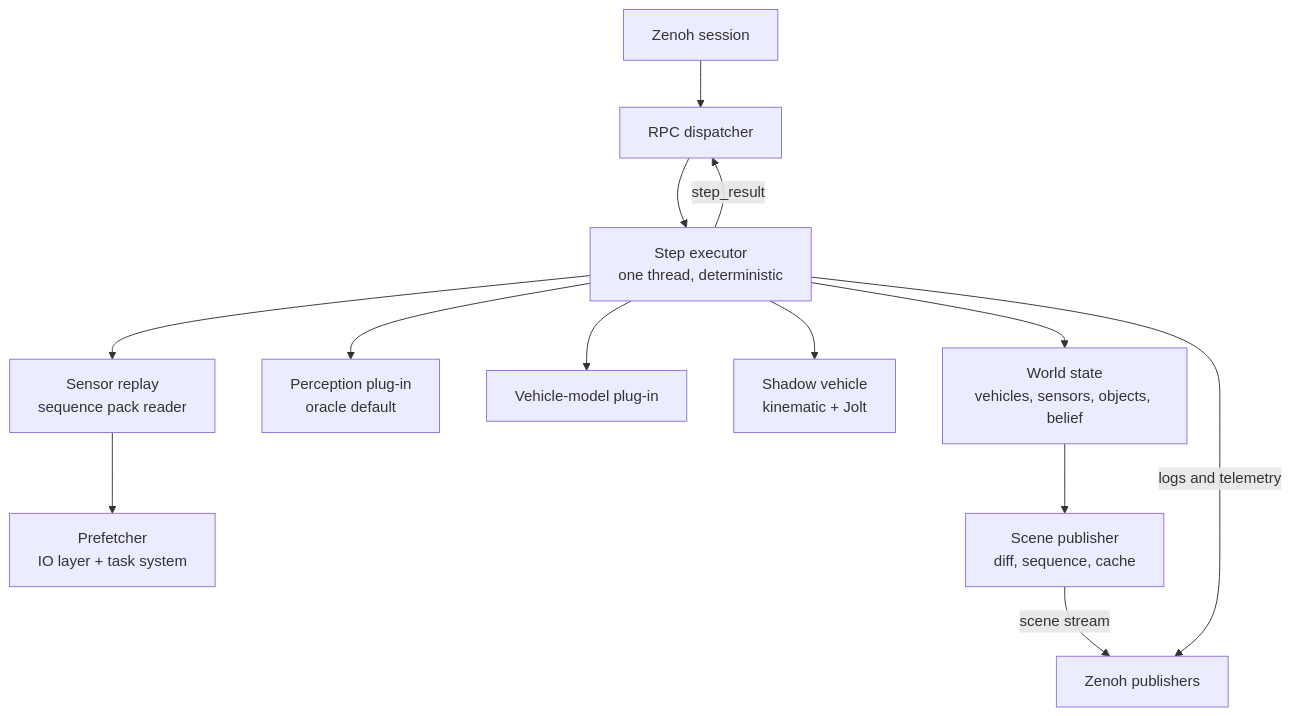
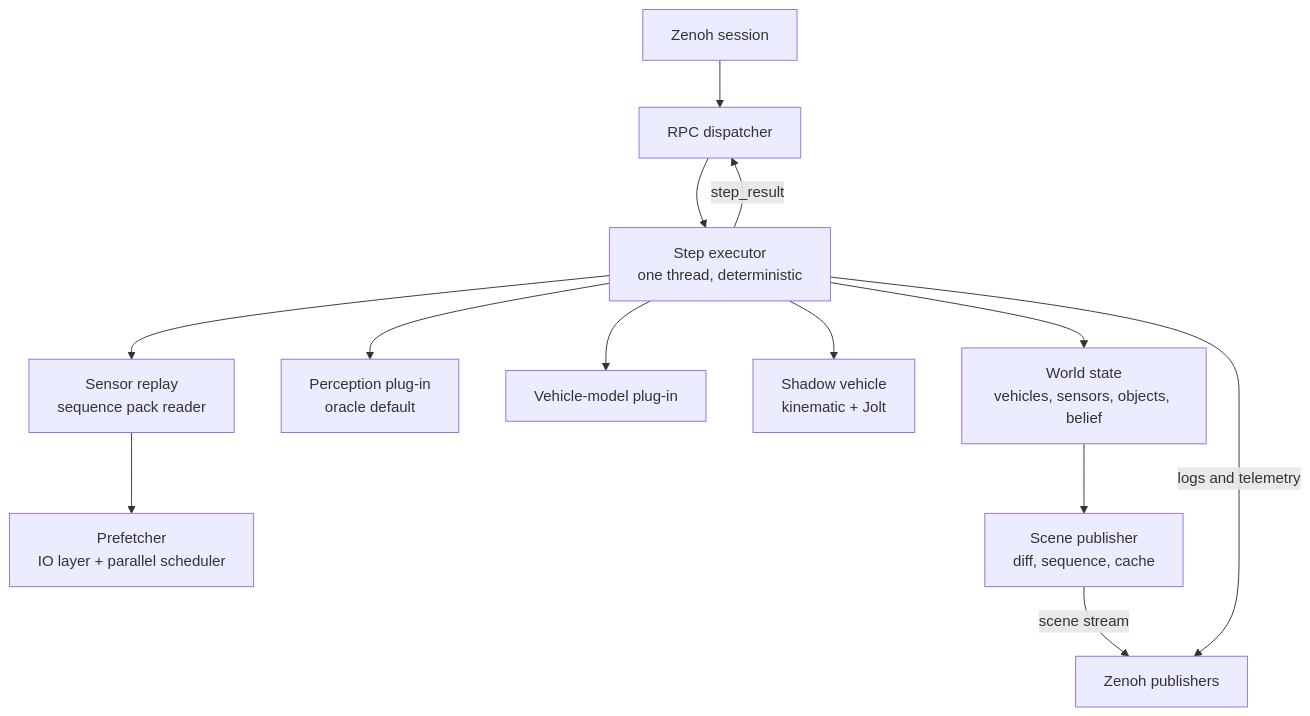
Before and after one commit to KevindeQ/avis: the third of 4 diagrams in docs/design/01-system-architecture.md, drawn with Mermaid. The commit also changed other lines of this file and 25 other files, not shown here.

First line of the commit message:
Add the parallel scheduler backend to avis::threading

````diff
--- a/docs/design/01-system-architecture.md
+++ b/docs/design/01-system-architecture.md
@@ -136,15 +136,15 @@
 ```mermaid
 flowchart TB
     zenoh["Zenoh session"] --> dispatcher["RPC dispatcher"]
     dispatcher --> executor["Step executor<br/>one thread, deterministic"]
     executor --> replay["Sensor replay<br/>sequence pack reader"]
     executor --> perception["Perception plug-in<br/>oracle default"]
     executor --> model["Vehicle-model plug-in"]
     executor --> shadow["Shadow vehicle<br/>kinematic + Jolt"]
-    replay --> prefetch["Prefetcher<br/>IO layer + task system"]
+    replay --> prefetch["Prefetcher<br/>IO layer + parallel scheduler"]
     executor --> world["World state<br/>vehicles, sensors, objects, belief"]
     world --> scene_publisher["Scene publisher<br/>diff, sequence, cache"]
     scene_publisher -- "scene stream" --> publishers["Zenoh publishers"]
     executor -- "step_result" --> dispatcher
     executor -- "logs and telemetry" --> publishers
 ```
````
